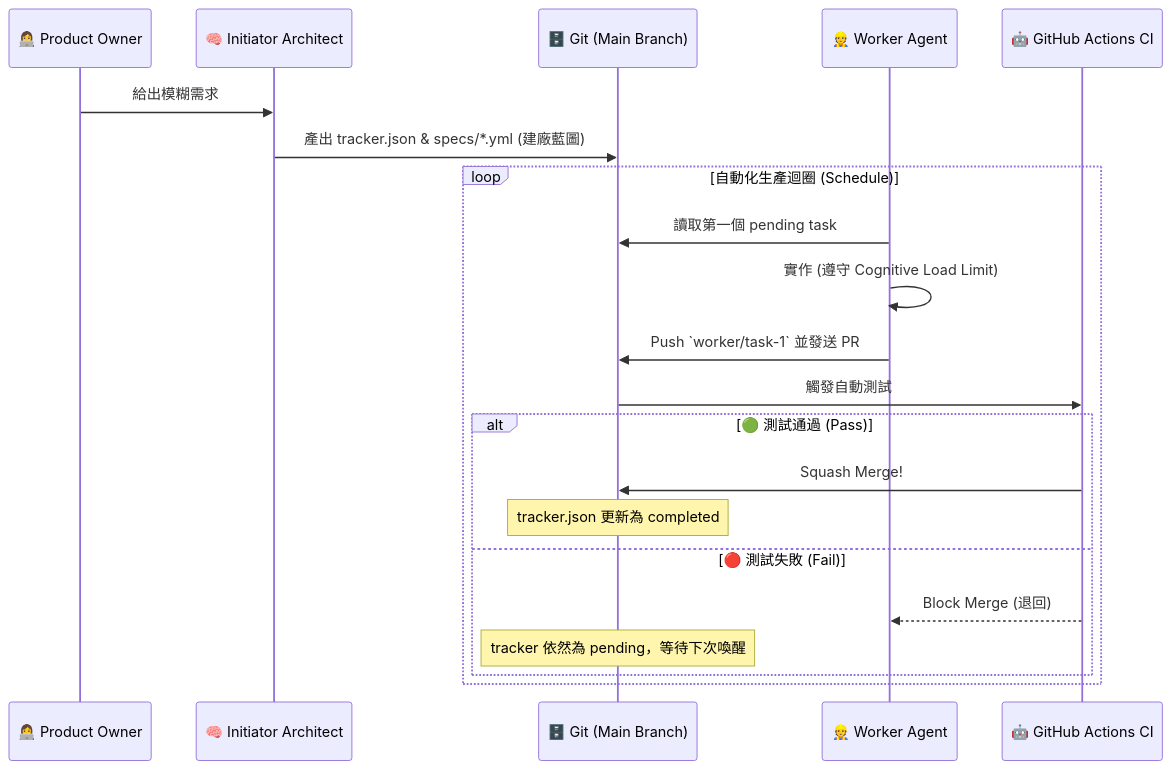
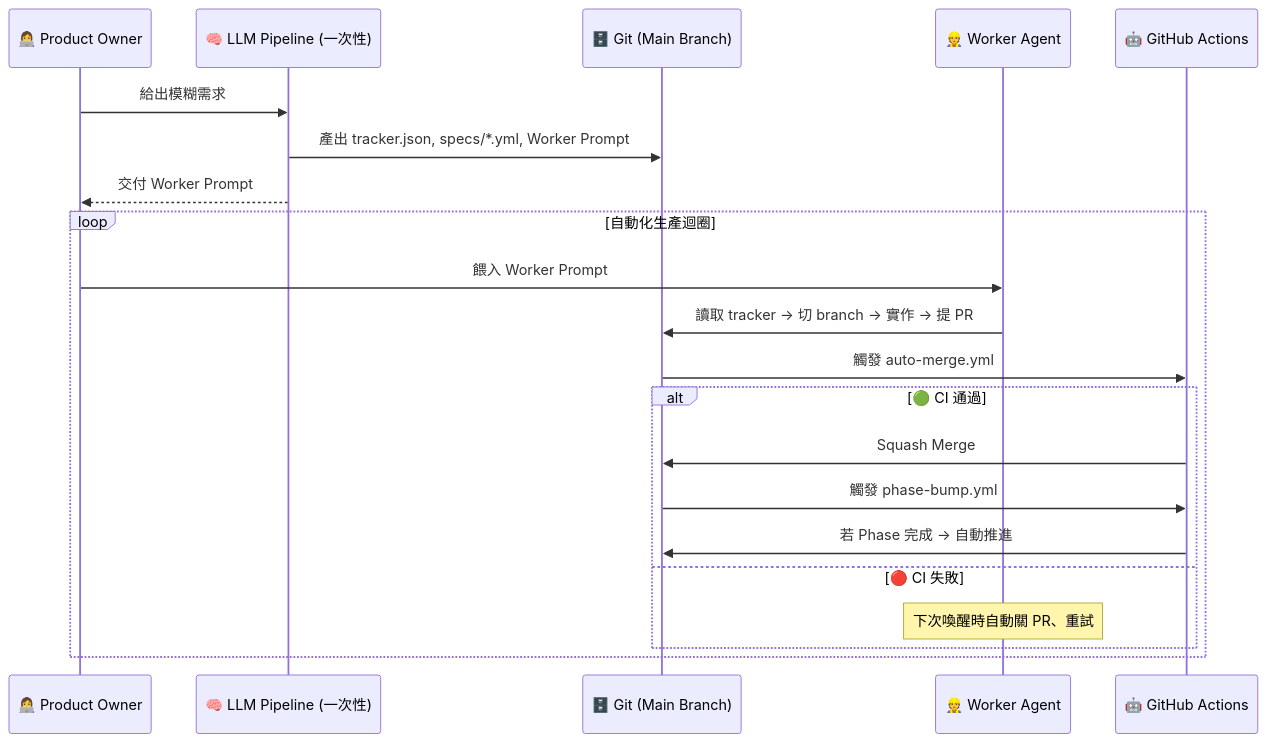
The diagram in README.md (tibame201020/app-generator), drawn with Mermaid before and after one commit. The commit also changed other lines of this file and 4 other files, not shown here.

Commit message:
docs: synchronize README, CHANGELOG, Quarto portal with 6-Role architecture and Dispatcher instructor pattern

````diff
--- a/README.md
+++ b/README.md
@@ -45,26 +56,25 @@
 ```mermaid
 sequenceDiagram
     participant Human as 👩‍💻 Product Owner
-    participant Initiator as 🧠 Initiator Architect
+    participant LLM as 🧠 LLM Pipeline (一次性)
     participant Git as 🗄️ Git (Main Branch)
     participant Worker as 👷 Worker Agent
-    participant CI as 🤖 GitHub Actions CI
+    participant CI as 🤖 GitHub Actions
 
-    Human->>Initiator: 給出模糊需求
-    Initiator->>Git: 產出 tracker.json & specs/*.yml (建廠藍圖)
-    
-    loop 自動化生產迴圈 (Schedule)
-        Worker->>Git: 讀取第一個 pending task
-        Worker->>Worker: 實作 (遵守 Cognitive Load Limit)
-        Worker->>Git: Push `worker/task-1` 並發送 PR
-        Git->>CI: 觸發自動測試
-        
-        alt 🟢 測試通過 (Pass)
-            CI->>Git: Squash Merge!
-            Note over Git: tracker.json 更新為 completed
-        else 🔴 測試失敗 (Fail)
-            CI-->>Worker: Block Merge (退回)
-            Note over Git: tracker 依然為 pending，等待下次喚醒
+    Human->>LLM: 給出模糊需求
+    LLM->>Git: 產出 tracker.json, specs/*.yml, Worker Prompt
+    LLM-->>Human: 交付 Worker Prompt
+
+    loop 自動化生產迴圈
+        Human->>Worker: 餵入 Worker Prompt
+        Worker->>Git: 讀取 tracker → 切 branch → 實作 → 提 PR
+        Git->>CI: 觸發 auto-merge.yml
+        alt 🟢 CI 通過
+            CI->>Git: Squash Merge
+            Git->>CI: 觸發 phase-bump.yml
+            CI->>Git: 若 Phase 完成 → 自動推進
+        else 🔴 CI 失敗
+            Note over Worker: 下次喚醒時自動關 PR、重試
         end
     end
 ```
````
